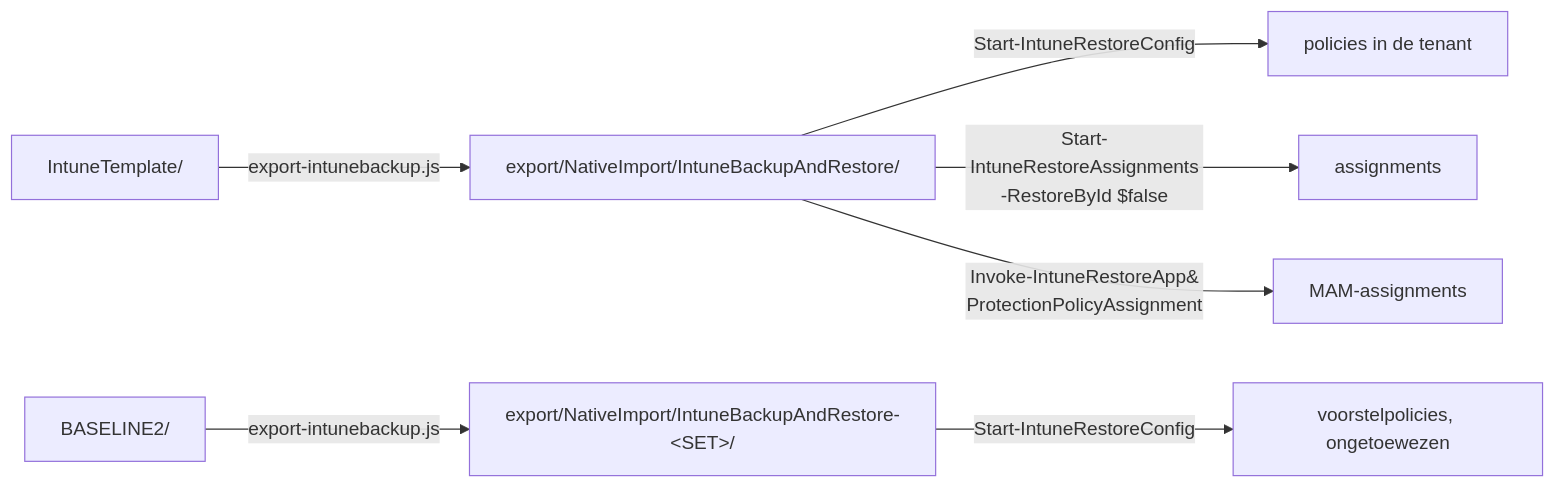
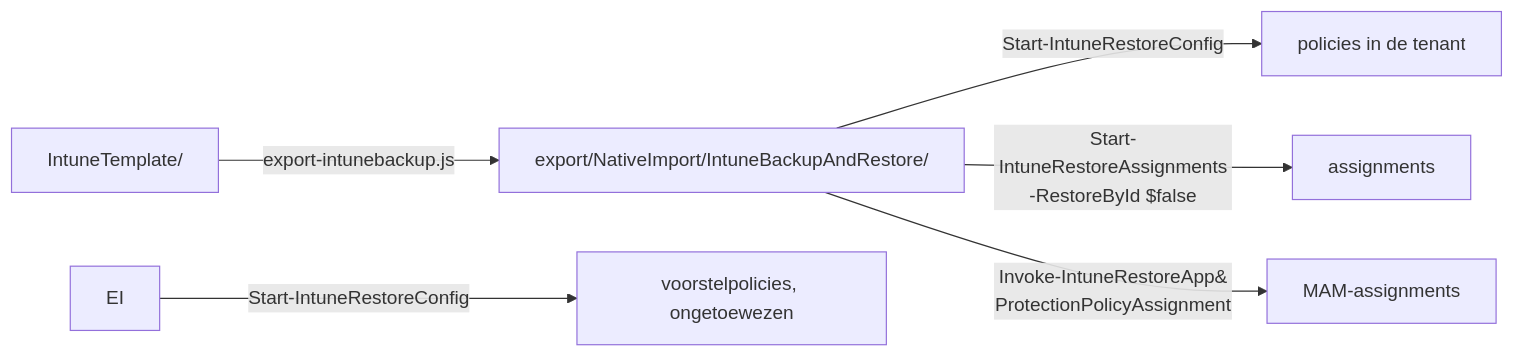
One commit to sjkanon/IntuneBackup changed the diagram in export/README.md. Above: the diagram before and after it, drawn with Mermaid. The commit also changed other lines of this file and 164 other files, not shown here.

First line of the commit message:
Eén baseline: ISMS en BASELINE2 opgegaan in IntuneTemplate/, met fases

````diff
--- a/export/README.md
+++ b/export/README.md
@@ -46,9 +44,8 @@
 ```mermaid
 flowchart LR
   T["IntuneTemplate/"] -->|export-intunebackup.js| E["export/NativeImport/IntuneBackupAndRestore/"]
-  I["BASELINE2/"] -->|export-intunebackup.js| EI["export/NativeImport/IntuneBackupAndRestore-&lt;SET&gt;/"]
   EI -->|Start-IntuneRestoreConfig| PI["voorstelpolicies, ongetoewezen"]
   E -->|Start-IntuneRestoreConfig| P["policies in de tenant"]
   E -->|Start-IntuneRestoreAssignments<br/>-RestoreById $false| A["assignments"]
   E -->|Invoke-IntuneRestoreApp&#8203;ProtectionPolicyAssignment| M["MAM-assignments"]
 ```
````
